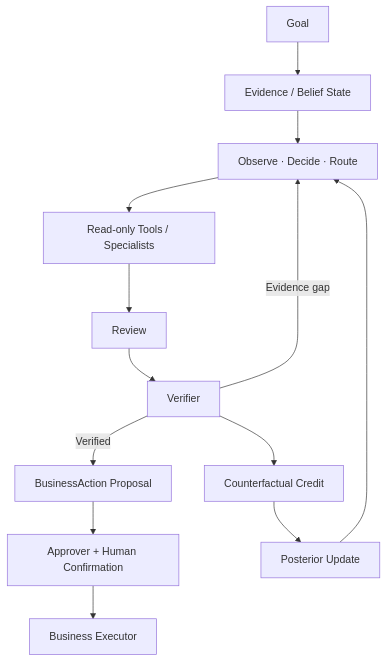
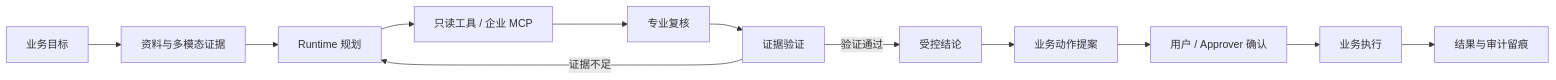
Before and after one commit to jiaweine/EcomEvo-Harness: the diagram in README.md, drawn with Mermaid. The commit also changed other lines of this file, not shown here.

````diff
--- a/README.md
+++ b/README.md
@@ -120,15 +105,14 @@
 ```mermaid
-flowchart TD
-    G[Goal] --> E[Evidence / Belief State]
-    E --> D[Observe · Decide · Route]
-    D --> T[Read-only Tools / Specialists]
-    T --> R[Review]
-    R --> V[Verifier]
-    V -->|Evidence gap| D
-    V -->|Verified| P[BusinessAction Proposal]
-    V --> C[Counterfactual Credit]
-    C --> U[Posterior Update]
-    U --> D
-    P --> A[Approver + Human Confirmation]
-    A --> X[Business Executor]
+flowchart LR
+    G[业务目标] --> A[资料与多模态证据]
+    A --> P[Runtime 规划]
+    P --> T[只读工具 / 企业 MCP]
+    T --> R[专业复核]
+    R --> V[证据验证]
+    V -->|证据不足| P
+    V -->|验证通过| D[受控结论]
+    D --> X[业务动作提案]
+    X --> H[用户 / Approver 确认]
+    H --> E[业务执行]
+    E --> L[结果与审计留痕]
 ```
````
